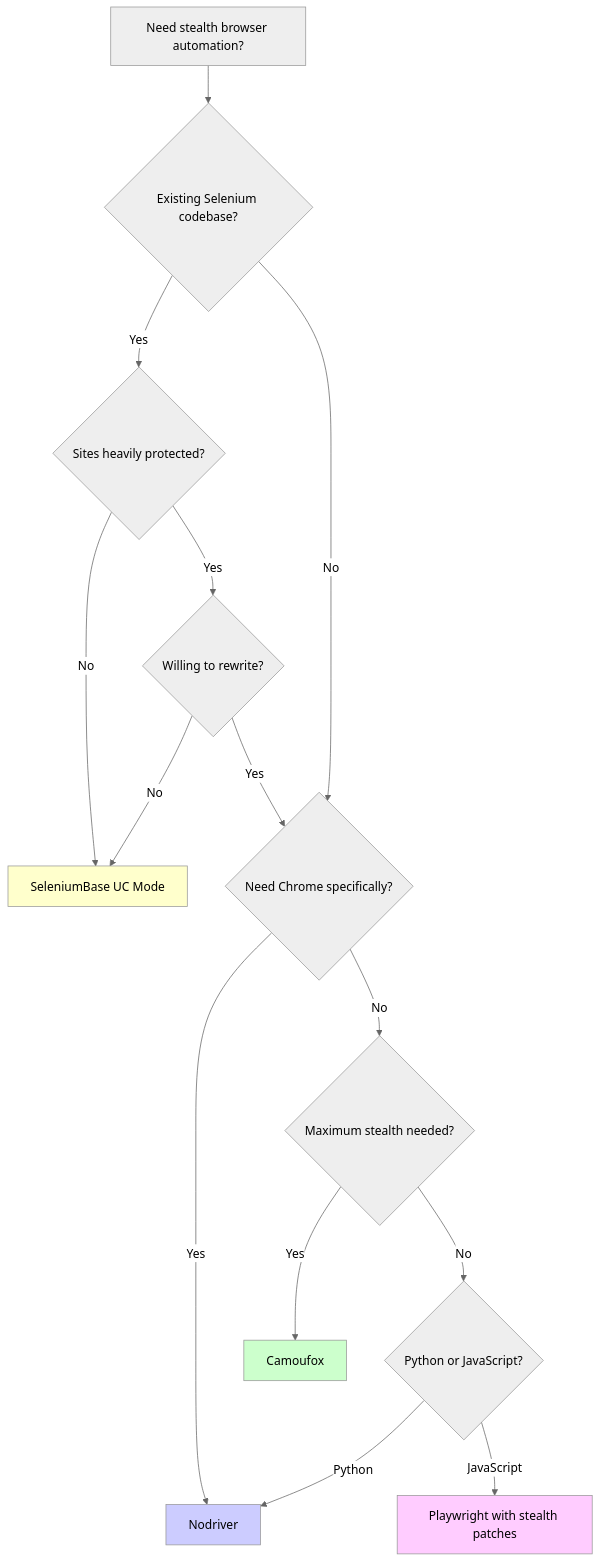
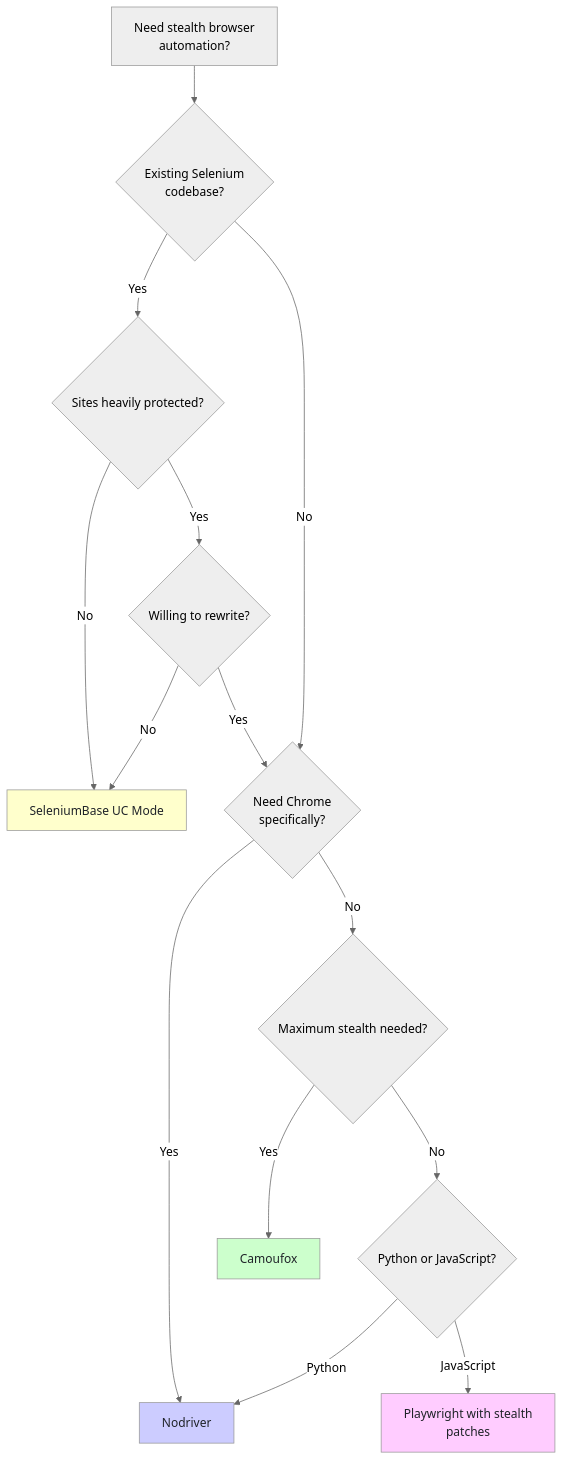
Before and after one commit to bytetunnels/bytetunnels.github.com: the fifth of 5 diagrams in _posts/2026-02-18-stealth-browsers-in-2026-camoufox-nodriver-and-the-anti-detection-arms-race.md, drawn with Mermaid (neutral theme). The commit also changed other lines of this file and 118 other files, not shown here.

Commit message:
feat: improve diagram styling and compact wide flowcharts

````diff
--- a/_posts/2026-02-18-stealth-browsers-in-2026-camoufox-nodriver-and-the-anti-detection-arms-race.md
+++ b/_posts/2026-02-18-stealth-browsers-in-2026-camoufox-nodriver-and-the-anti-detection-arms-race.md
@@ -343,21 +353,21 @@
 ```mermaid
 graph TD
-    A["Need stealth browser automation?"] --> B{"Existing Selenium codebase?"}
+    A["Need stealth browser<br/>automation?"] --> B{"Existing Selenium<br/>codebase?"}
     B -->|Yes| C{"Sites heavily protected?"}
     C -->|No| D["SeleniumBase UC Mode"]
     C -->|Yes| E{"Willing to rewrite?"}
     E -->|No| D
-    E -->|Yes| F{"Need Chrome specifically?"}
+    E -->|Yes| F{"Need Chrome<br/>specifically?"}
     B -->|No| F
     F -->|Yes| G["Nodriver"]
     F -->|No| H{"Maximum stealth needed?"}
     H -->|Yes| I["Camoufox"]
     H -->|No| J{"Python or JavaScript?"}
     J -->|Python| G
-    J -->|JavaScript| K["Playwright with stealth patches"]
+    J -->|JavaScript| K["Playwright with stealth<br/>patches"]
 
-    style D fill:#ffffcc
-    style G fill:#ccccff
-    style I fill:#ccffcc
-    style K fill:#ffccff
+    style D fill:#ffffcc,color:#1f2328
+    style G fill:#ccccff,color:#1f2328
+    style I fill:#ccffcc,color:#1f2328
+    style K fill:#ffccff,color:#1f2328
 ```
````
